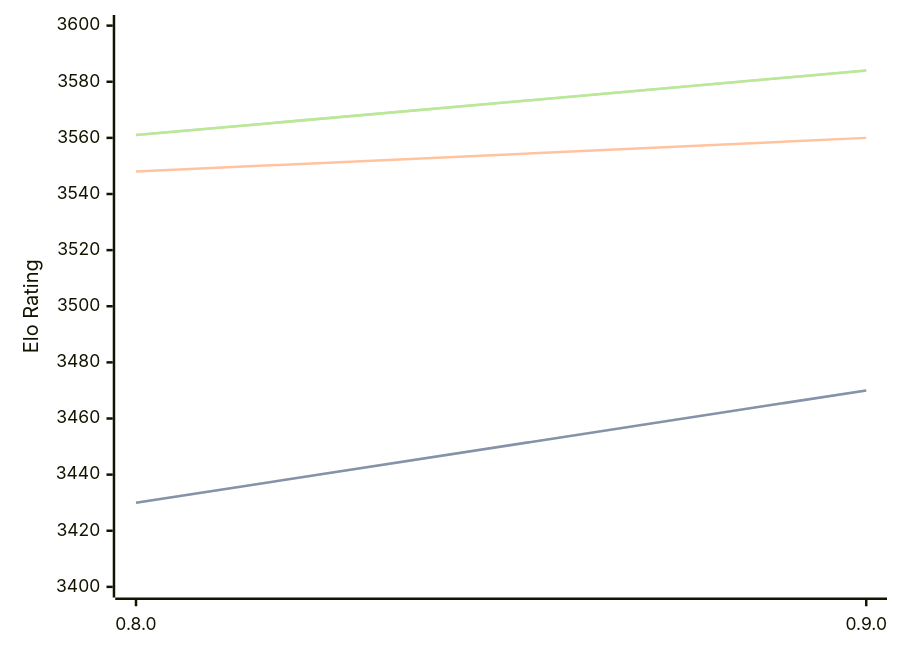
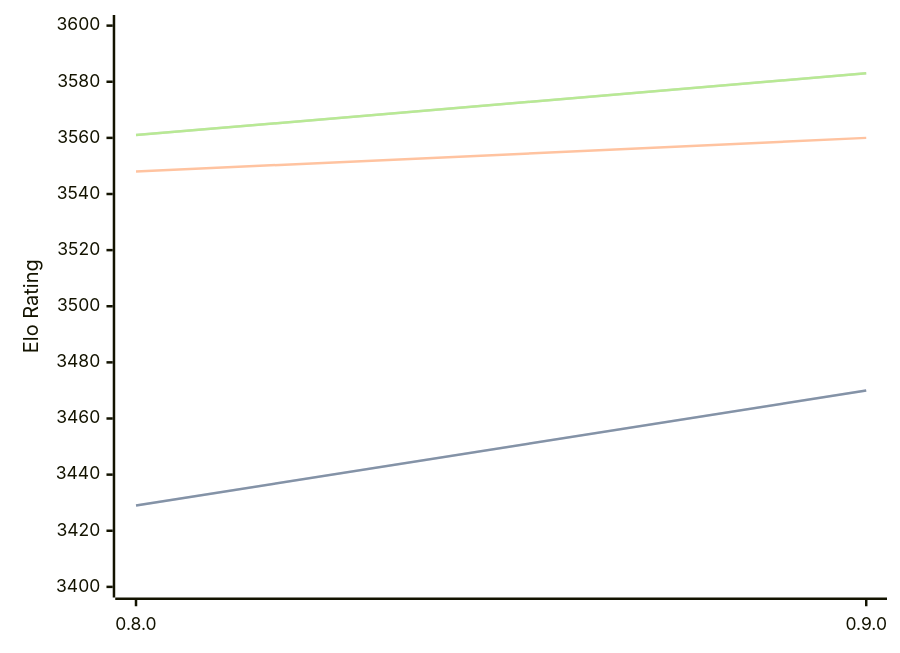
Before and after one commit to computer-chess-index/cci: the third of 3 diagrams in engines/Reckless.md, drawn with Mermaid. The commit also changed other lines of this file, not shown here.

Commit message:
Update CCI Ratings (ELO VLTC) - 2026-07-06

````diff
--- a/engines/Reckless.md
+++ b/engines/Reckless.md
@@ -72,11 +72,11 @@
 ```mermaid
 %%{init: {"theme":"base","themeVariables":{"seriesColors:['#a3a3a3','#222221','#faa371']}}}%%
 xychart-beta
   x-axis ["0.8.0", "0.9.0"]
   y-axis "Elo Rating" 3400 --> 3600
-  line "STC (8.0+0.08s)" [3430, 3470]
-  line "STC (8.0+0.08s)" [3430, 3470]
+  line "STC (8.0+0.08s)" [3429, 3470]
+  line "STC (8.0+0.08s)" [3429, 3470]
   line "LTC (60.0+0.60s)" [3548, 3560]
-  line "VLTC (2m24s+1.12s)" [3561, 3584]
-  line "VLTC (2m24s+1.12s)" [3561, 3584]
+  line "VLTC (2m24s+1.12s)" [3561, 3583]
+  line "VLTC (2m24s+1.12s)" [3561, 3583]
 ```
````
